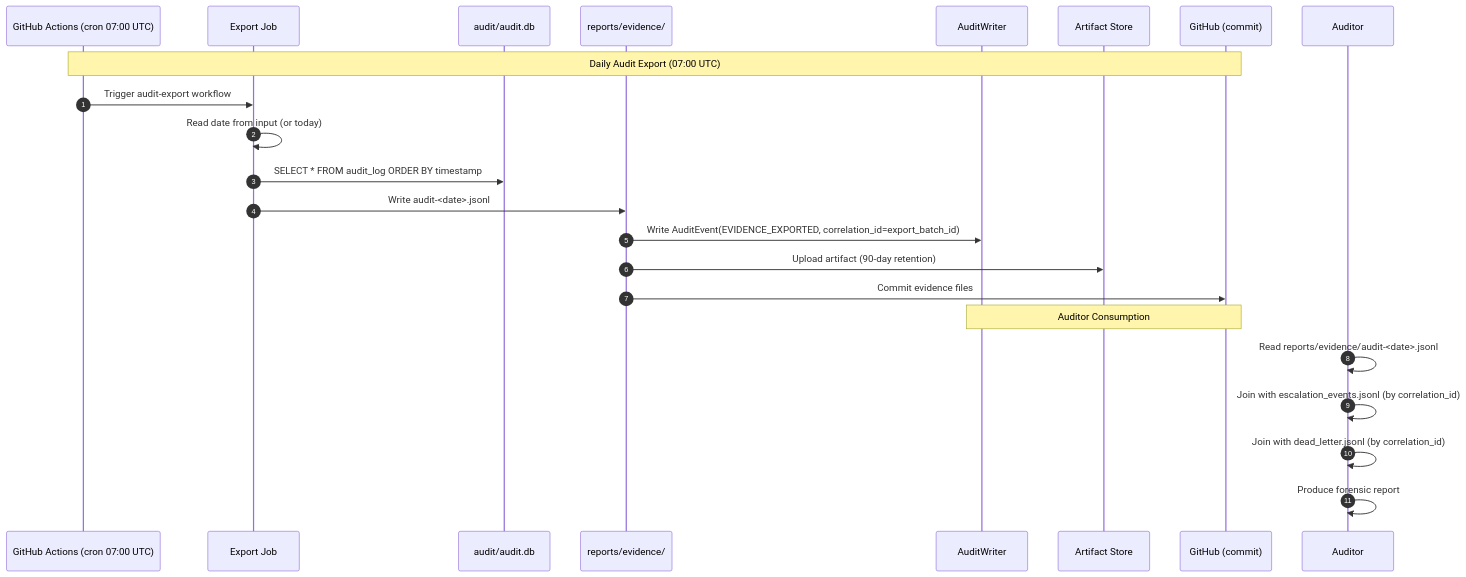
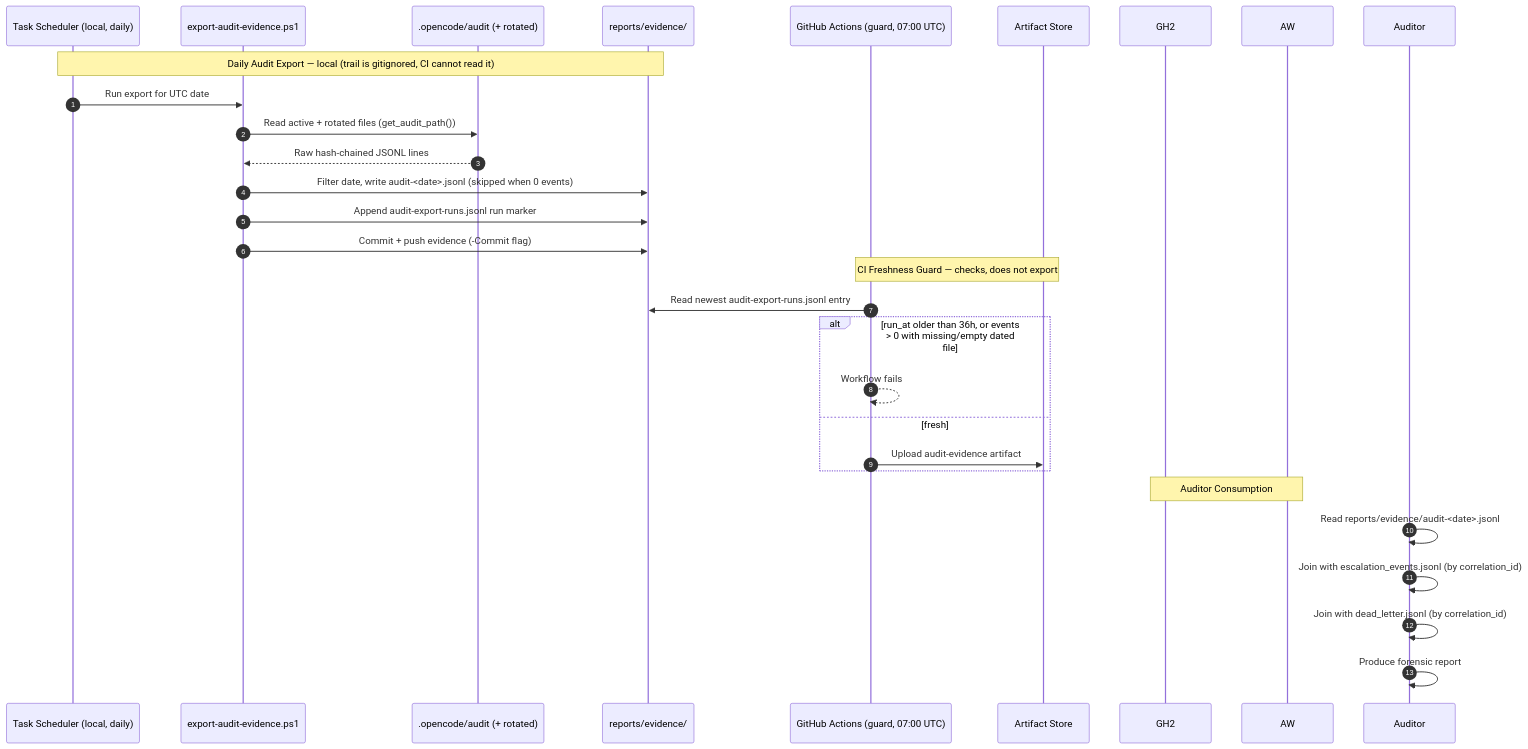
Before and after one commit to jmlusu/light-speed-holdings: the fourth of 7 diagrams in docs/adr/008-evidence-separation-sequence.md, drawn with Mermaid. The commit also changed other lines of this file and 18 other files, not shown here.

First line of the commit message:
﻿fix(audit): export canonical JSONL trail with local runner and CI freshness guard

````diff
--- a/docs/adr/008-evidence-separation-sequence.md
+++ b/docs/adr/008-evidence-separation-sequence.md
@@ -143,28 +143,35 @@
 ```mermaid
 sequenceDiagram
     autonumber
-    participant GH as GitHub Actions (cron 07:00 UTC)
-    participant Exp as Export Job
-    participant DB as audit/audit.db
+    participant Sch as Task Scheduler (local, daily)
+    participant Exp as export-audit-evidence.ps1
+    participant Trail as .opencode/audit (+ rotated)
     participant EV as reports/evidence/
-    participant AW as AuditWriter
+    participant GH as GitHub Actions (guard, 07:00 UTC)
     participant Art as Artifact Store
-    participant GH2 as GitHub (commit)
 
-    Note over GH,GH2: Daily Audit Export (07:00 UTC)
+    Note over Sch,EV: Daily Audit Export — local (trail is gitignored, CI cannot read it)
 
-    GH->>Exp: Trigger audit-export workflow
-    Exp->>Exp: Read date from input (or today)
-    Exp->>DB: SELECT * FROM audit_log ORDER BY timestamp
-    Exp->>EV: Write audit-<date>.jsonl
-    EV->>AW: Write AuditEvent(EVIDENCE_EXPORTED, correlation_id=export_batch_id)
-    EV->>Art: Upload artifact (90-day retention)
-    EV->>GH2: Commit evidence files
+    Sch->>Exp: Run export for UTC date
+    Exp->>Trail: Read active + rotated files (get_audit_path())
+    Trail-->>Exp: Raw hash-chained JSONL lines
+    Exp->>EV: Filter date, write audit-<date>.jsonl (skipped when 0 events)
+    Exp->>EV: Append audit-export-runs.jsonl run marker
+    Exp->>EV: Commit + push evidence (-Commit flag)
+
+    Note over GH,Art: CI Freshness Guard — checks, does not export
+
+    GH->>EV: Read newest audit-export-runs.jsonl entry
+    alt run_at older than 36h, or events > 0 with missing/empty dated file
+        GH-->>GH: Workflow fails
+    else fresh
+        GH->>Art: Upload audit-evidence artifact
+    end
 
     Note over GH2,AW: Auditor Consumption
 
     Auditor->>Auditor: Read reports/evidence/audit-<date>.jsonl
     Auditor->>Auditor: Join with escalation_events.jsonl (by correlation_id)
     Auditor->>Auditor: Join with dead_letter.jsonl (by correlation_id)
     Auditor->>Auditor: Produce forensic report
 ```
````
